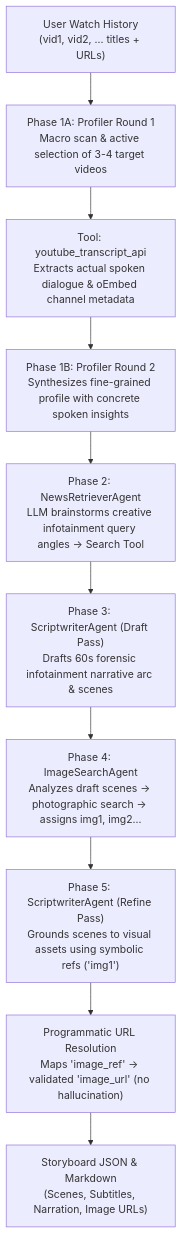
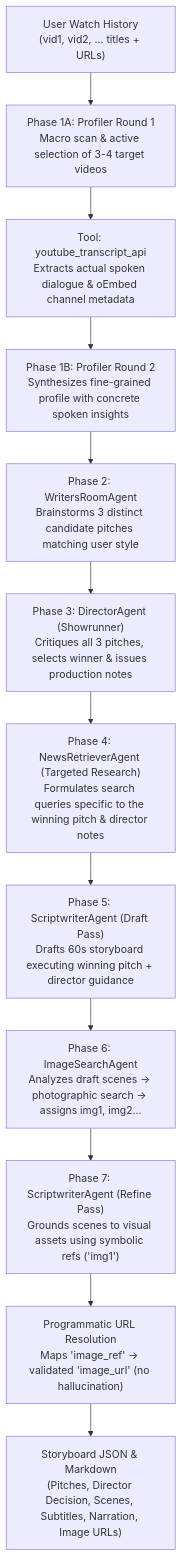
One commit to CharlesDupouy/nlp-multiagent-storyboarding changed the first of 2 diagrams in docs/project_tracker.md. Above: the diagram before and after it, drawn with Mermaid. The commit also changed other lines of this file and 11 other files, not shown here.

Commit message:
feat: implement Writers' Room, Director deliberation, and targeted news retrieval (v3.0)

````diff
--- a/docs/project_tracker.md
+++ b/docs/project_tracker.md
@@ -34,12 +34,14 @@
 ```mermaid
 flowchart TD
     I["User Watch History\n(vid1, vid2, ... titles + URLs)"] --> P1["Phase 1A: Profiler Round 1\nMacro scan & active selection of 3-4 target videos"]
     P1 --> T1["Tool: youtube_transcript_api\nExtracts actual spoken dialogue & oEmbed channel metadata"]
     T1 --> P2["Phase 1B: Profiler Round 2\nSynthesizes fine-grained profile with concrete spoken insights"]
-    P2 --> N["Phase 2: NewsRetrieverAgent\nLLM brainstorms creative infotainment query angles → Search Tool"]
-    N --> S1["Phase 3: ScriptwriterAgent (Draft Pass)\nDrafts 60s forensic infotainment narrative arc & scenes"]
-    S1 --> IMG["Phase 4: ImageSearchAgent\nAnalyzes draft scenes → photographic search → assigns img1, img2..."]
-    IMG --> S2["Phase 5: ScriptwriterAgent (Refine Pass)\nGrounds scenes to visual assets using symbolic refs ('img1')"]
+    P2 --> WR["Phase 2: WritersRoomAgent\nBrainstorms 3 distinct candidate pitches matching user style"]
+    WR --> DIR["Phase 3: DirectorAgent (Showrunner)\nCritiques all 3 pitches, selects winner & issues production notes"]
+    DIR --> N["Phase 4: NewsRetrieverAgent (Targeted Research)\nFormulates search queries specific to the winning pitch & director notes"]
+    N --> S1["Phase 5: ScriptwriterAgent (Draft Pass)\nDrafts 60s storyboard executing winning pitch + director guidance"]
+    S1 --> IMG["Phase 6: ImageSearchAgent\nAnalyzes draft scenes → photographic search → assigns img1, img2..."]
+    IMG --> S2["Phase 7: ScriptwriterAgent (Refine Pass)\nGrounds scenes to visual assets using symbolic refs ('img1')"]
     S2 --> RES["Programmatic URL Resolution\nMaps 'image_ref' → validated 'image_url' (no hallucination)"]
-    RES --> O["Storyboard JSON & Markdown\n(Scenes, Subtitles, Narration, Image URLs)"]
+    RES --> O["Storyboard JSON & Markdown\n(Pitches, Director Decision, Scenes, Subtitles, Narration, Image URLs)"]
 ```
````
